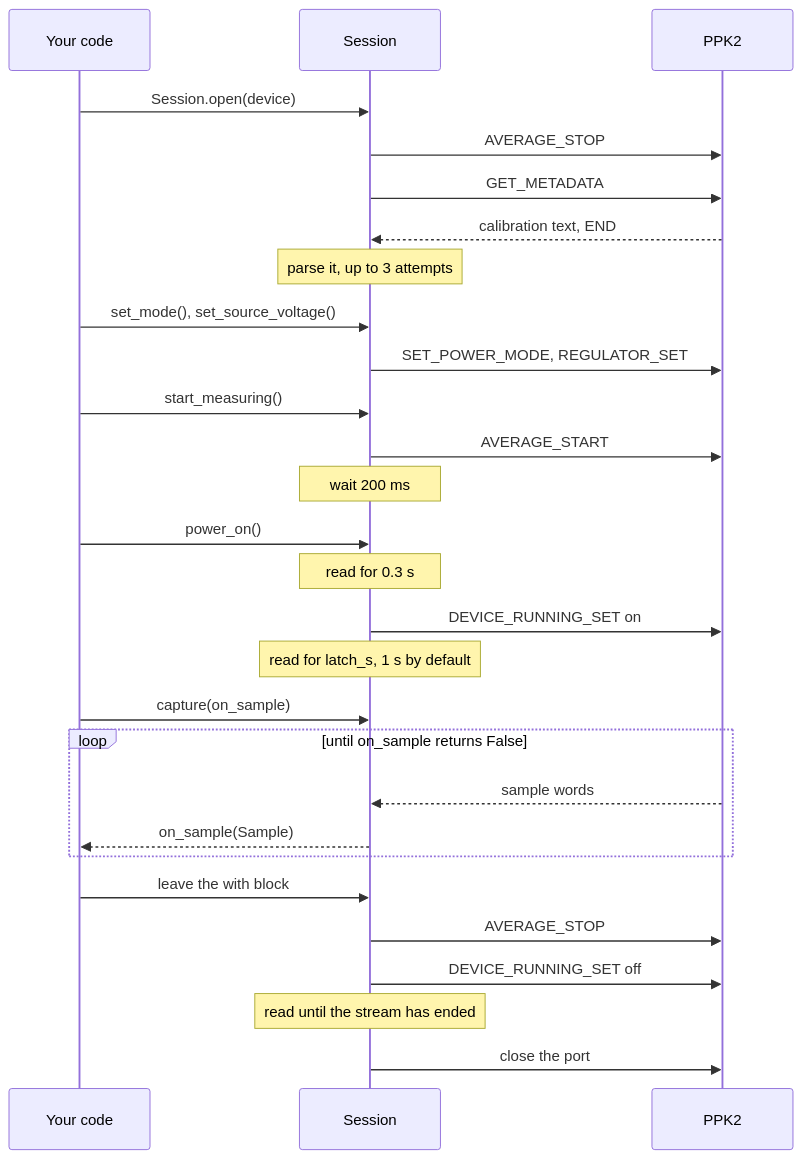
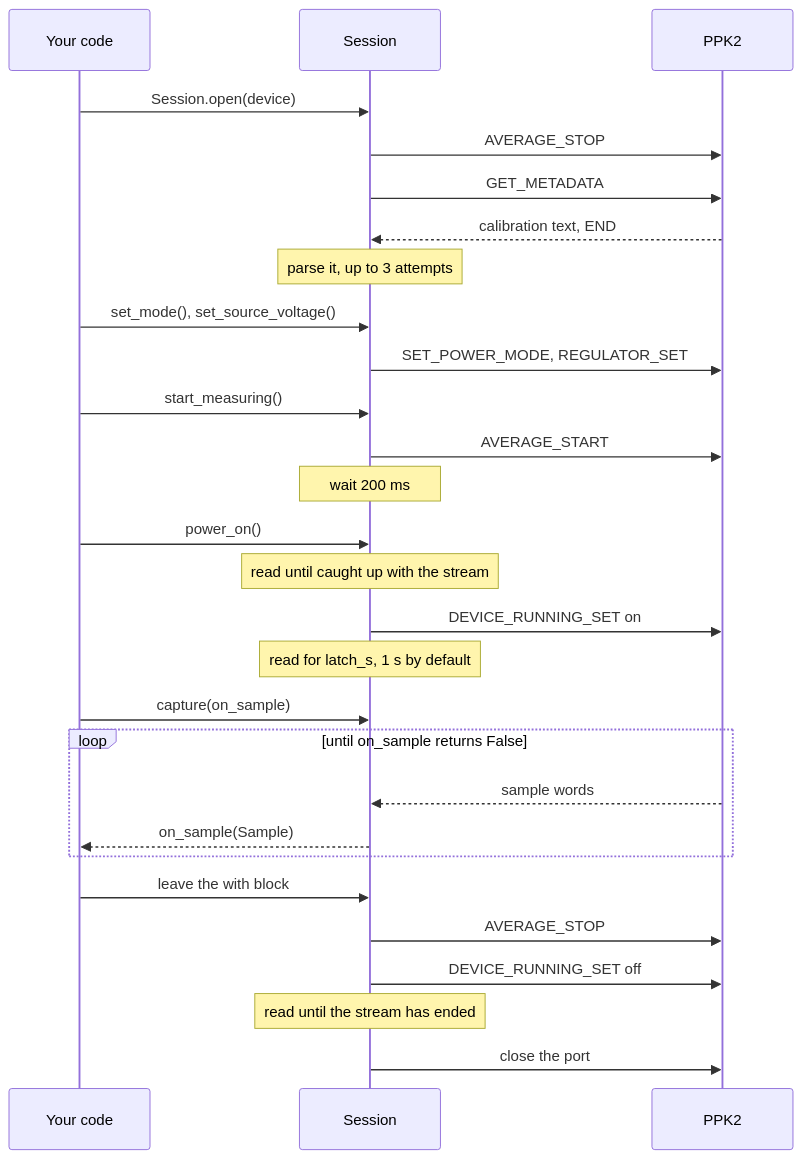
One commit to rdagher/ppk2-lib changed the second of 3 diagrams in docs/use/architecture.md. Above: the diagram before and after it, drawn with Mermaid. The commit also changed 15 other files, not shown here.

````diff
--- a/docs/use/architecture.md
+++ b/docs/use/architecture.md
@@ -112,34 +112,34 @@
 ```mermaid
 sequenceDiagram
     participant Code as Your code
     participant Session
     participant PPK2
 
     Code->>Session: Session.open(device)
     Session->>PPK2: AVERAGE_STOP
     Session->>PPK2: GET_METADATA
     PPK2-->>Session: calibration text, END
     Note over Session: parse it, up to 3 attempts
 
     Code->>Session: set_mode(), set_source_voltage()
     Session->>PPK2: SET_POWER_MODE, REGULATOR_SET
     Code->>Session: start_measuring()
     Session->>PPK2: AVERAGE_START
     Note over Session: wait 200 ms
     Code->>Session: power_on()
-    Note over Session: read for 0.3 s
+    Note over Session: read until caught up with the stream
     Session->>PPK2: DEVICE_RUNNING_SET on
     Note over Session: read for latch_s, 1 s by default
 
     Code->>Session: capture(on_sample)
     loop until on_sample returns False
         PPK2-->>Session: sample words
         Session-->>Code: on_sample(Sample)
     end
 
     Code->>Session: leave the with block
     Session->>PPK2: AVERAGE_STOP
     Session->>PPK2: DEVICE_RUNNING_SET off
     Note over Session: read until the stream has ended
     Session->>PPK2: close the port
 ```
````
